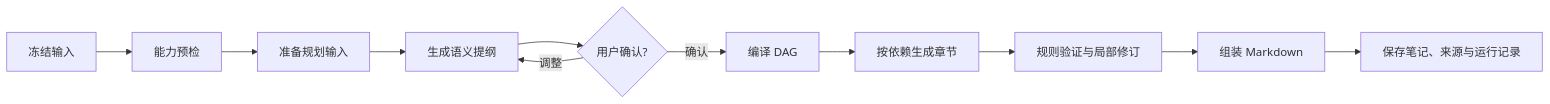
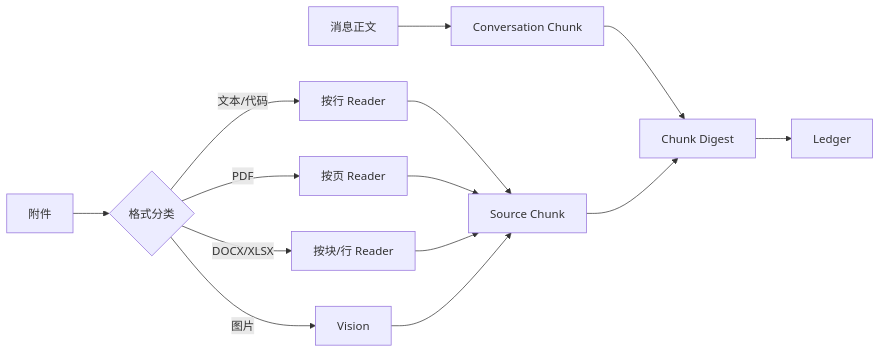
The third of 4 diagrams in md/Summary/01-深度笔记.md (tushanmiao/Mnemora), drawn with Mermaid before and after one commit. The commit also changed other lines of this file and 45 other files, not shown here.

````diff
--- a/md/Summary/01-深度笔记.md
+++ b/md/Summary/01-深度笔记.md
@@ -159,13 +308,16 @@
 ```mermaid
 flowchart LR
-    A[冻结输入] --> B[能力预检]
-    B --> C[准备规划输入]
-    C --> D[生成语义提纲]
-    D --> E{用户确认?}
-    E -- 调整 --> D
-    E -- 确认 --> F[编译 DAG]
-    F --> G[按依赖生成章节]
-    G --> H[规则验证与局部修订]
-    H --> I[组装 Markdown]
-    I --> J[保存笔记、来源与运行记录]
+    A[消息正文] --> C[Conversation Chunk]
+    B[附件] --> D{格式分类}
+    D -->|文本/代码| E[按行 Reader]
+    D -->|PDF| F[按页 Reader]
+    D -->|DOCX/XLSX| G[按块/行 Reader]
+    D -->|图片| H[Vision]
+    E --> I[Source Chunk]
+    F --> I
+    G --> I
+    H --> I
+    C --> J[Chunk Digest]
+    I --> J
+    J --> K[Ledger]
 ```
````
